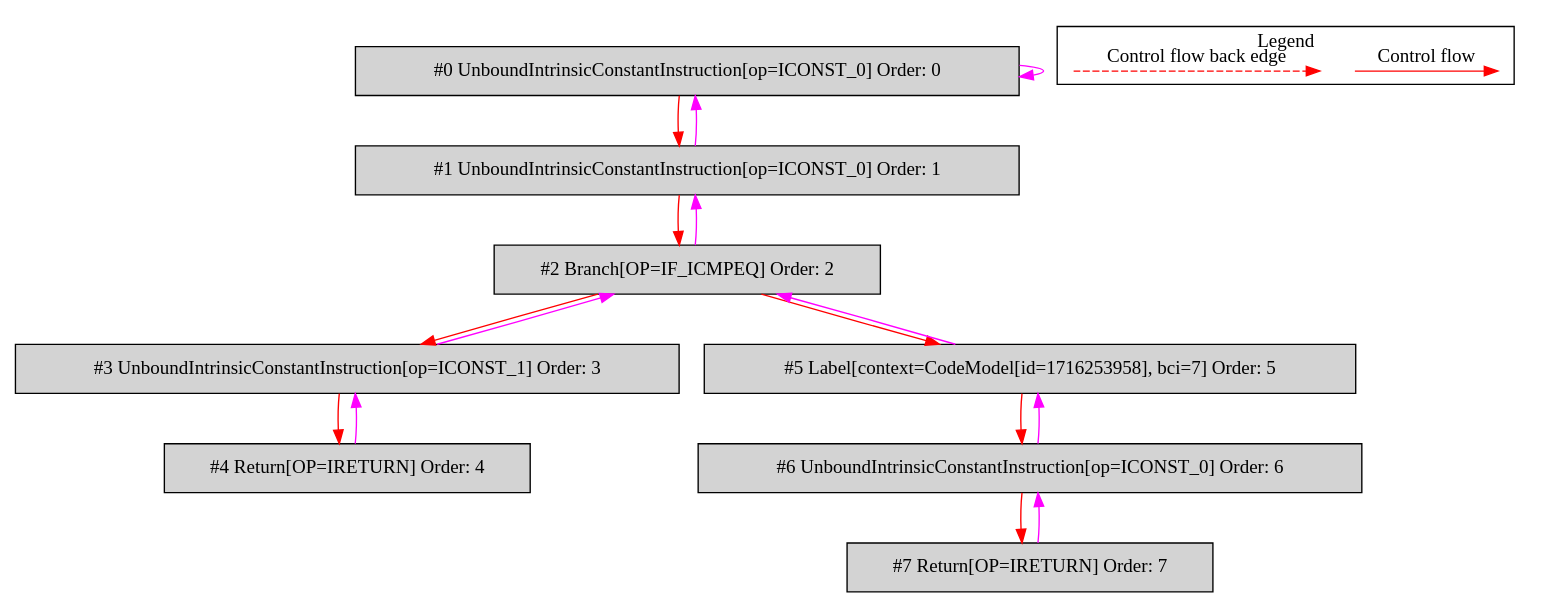
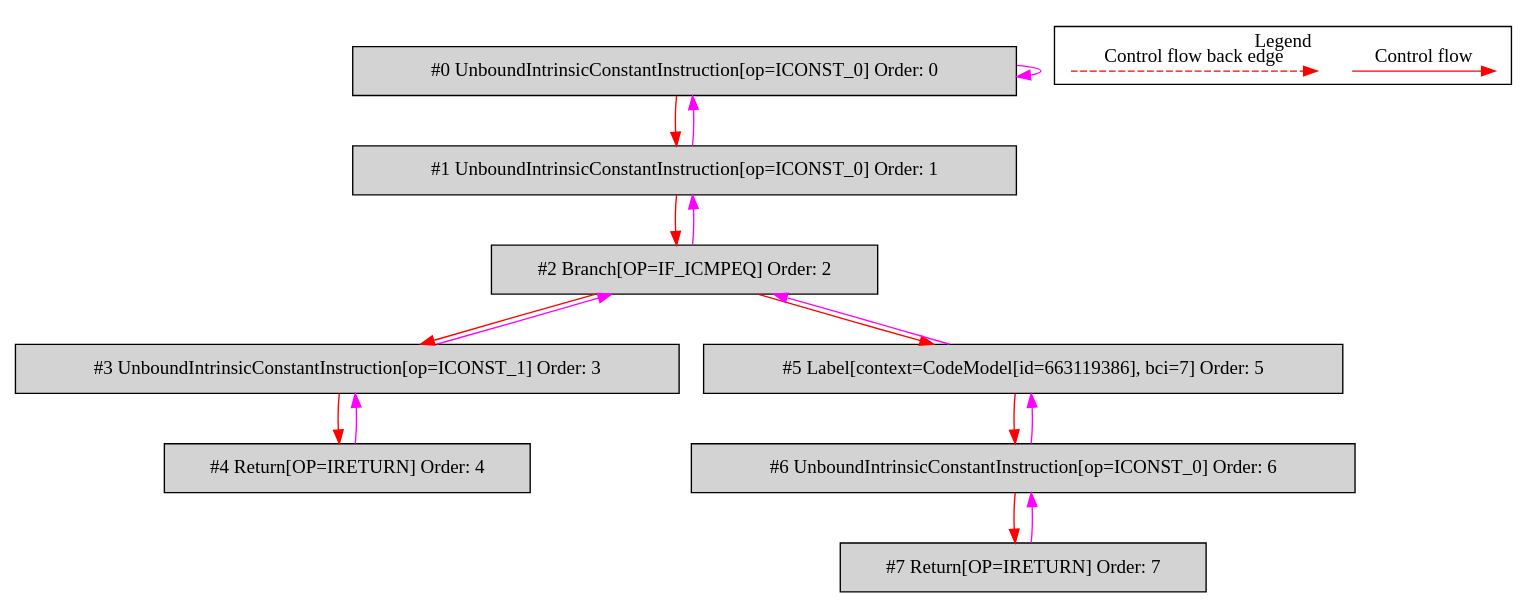
One commit to mirkosertic/MetaIR changed the diagram in de.mirkosertic.metair.ir.OpcodeIFICMPEQTest/test_IF_ICMPEQ/bytecodecfg.dot. Above: the diagram before and after it, drawn with Graphviz. The commit also changed 710 other files, not shown here.

```diff
--- a/de.mirkosertic.metair.ir.OpcodeIFICMPEQTest/test_IF_ICMPEQ/bytecodecfg.dot
+++ b/de.mirkosertic.metair.ir.OpcodeIFICMPEQTest/test_IF_ICMPEQ/bytecodecfg.dot
@@ -1,40 +1,40 @@
 digraph {
  ordering="in";
  node0[label="#0 UnboundIntrinsicConstantInstruction[op=ICONST_0] Order: 0", shape=box, fillcolor=lightgrey, style=filled];
  node1[label="#1 UnboundIntrinsicConstantInstruction[op=ICONST_0] Order: 1", shape=box, fillcolor=lightgrey, style=filled];
  node2[label="#2 Branch[OP=IF_ICMPEQ] Order: 2", shape=box, fillcolor=lightgrey, style=filled];
  node3[label="#3 UnboundIntrinsicConstantInstruction[op=ICONST_1] Order: 3", shape=box, fillcolor=lightgrey, style=filled];
  node4[label="#4 Return[OP=IRETURN] Order: 4", shape=box, fillcolor=lightgrey, style=filled];
- node5[label="#5 Label[context=CodeModel[id=1716253958], bci=7] Order: 5", shape=box, fillcolor=lightgrey, style=filled];
+ node5[label="#5 Label[context=CodeModel[id=663119386], bci=7] Order: 5", shape=box, fillcolor=lightgrey, style=filled];
  node6[label="#6 UnboundIntrinsicConstantInstruction[op=ICONST_0] Order: 6", shape=box, fillcolor=lightgrey, style=filled];
  node7[label="#7 Return[OP=IRETURN] Order: 7", shape=box, fillcolor=lightgrey, style=filled];
  node0 -> node0[color=fuchsia];
  node0 -> node1[color=red];
  node1 -> node0[color=fuchsia];
  node1 -> node2[color=red];
  node2 -> node1[color=fuchsia];
  node2 -> node3[color=red];
  node3 -> node2[color=fuchsia];
  node3 -> node4[color=red];
  node4 -> node3[color=fuchsia];
  node2 -> node5[color=red];
  node5 -> node2[color=fuchsia];
  node5 -> node6[color=red];
  node6 -> node5[color=fuchsia];
  node6 -> node7[color=red];
  node7 -> node6[color=fuchsia];
  subgraph cluster_000 {
   label = "Legend";
   node [shape=point]
   {
    rank=same;
    c0 [style = invis];
    c1 [style = invis];
    c2 [style = invis];
    c3 [style = invis];
   }
   c0 -> c1 [label="Control flow", style=solid, color=red]
   c2 -> c3 [label="Control flow back edge", style=dashed, color=red]
  }
 
 }
```
